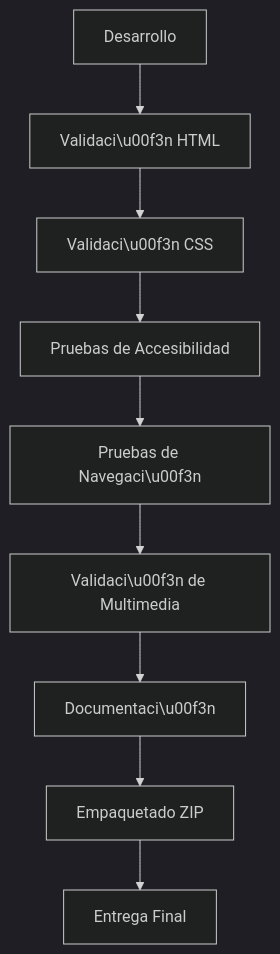
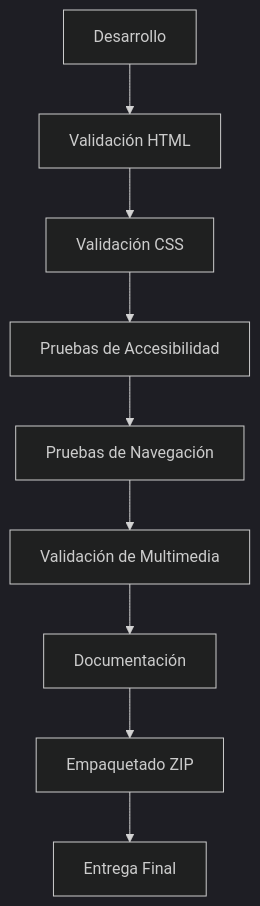
Before and after one commit to mmorfe-engineer/renaissance-html5-uvm-e2: the fourth of 4 diagrams in README.md, drawn with Mermaid (dark theme). The commit also changed other lines of this file and 2 other files, not shown here.

````diff
--- a/README.md
+++ b/README.md
@@ -203,11 +203,11 @@
 ```mermaid
 flowchart TD
-    A[Desarrollo] --> B[Validaci\u00f3n HTML]
-    B --> C[Validaci\u00f3n CSS]
+    A[Desarrollo] --> B[Validación HTML]
+    B --> C[Validación CSS]
     C --> D[Pruebas de Accesibilidad]
-    D --> E[Pruebas de Navegaci\u00f3n]
-    E --> F[Validaci\u00f3n de Multimedia]
-    F --> G[Documentaci\u00f3n]
+    D --> E[Pruebas de Navegación]
+    E --> F[Validación de Multimedia]
+    F --> G[Documentación]
     G --> H[Empaquetado ZIP]
     H --> I[Entrega Final]
 ```
````
